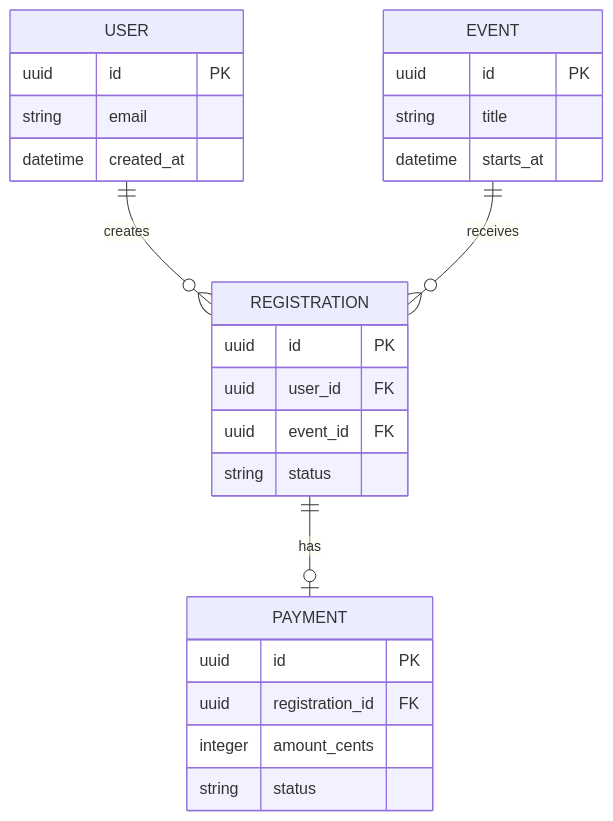
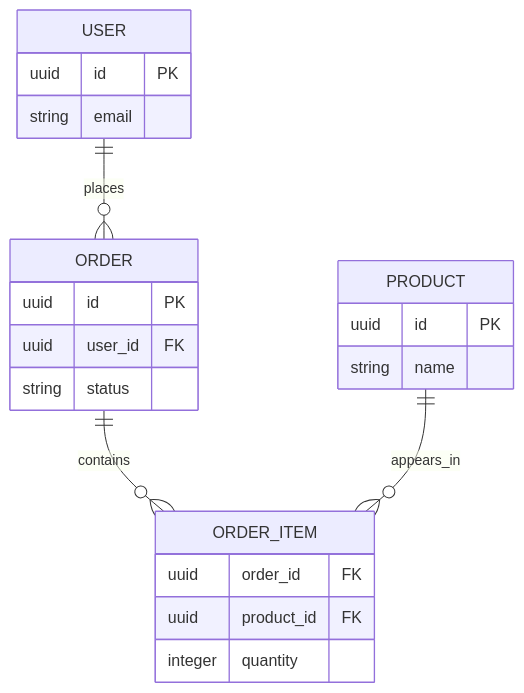
Before and after one commit to emanualjade/strike: the fourth of 5 diagrams in plugins/strike/skills/system-visualizer/references/mermaid.md, drawn with Mermaid. The commit also changed other lines of this file and 21 other files, not shown here.

````diff
--- a/plugins/strike/skills/system-visualizer/references/mermaid.md
+++ b/plugins/strike/skills/system-visualizer/references/mermaid.md
@@ -126,32 +108,28 @@
 ```mermaid
 erDiagram
-  USER ||--o{ REGISTRATION : creates
-  EVENT ||--o{ REGISTRATION : receives
-  REGISTRATION ||--o| PAYMENT : has
+  USER ||--o{ ORDER : places
+  ORDER ||--o{ ORDER_ITEM : contains
+  PRODUCT ||--o{ ORDER_ITEM : appears_in
 
   USER {
     uuid id PK
     string email
-    datetime created_at
   }
 
-  EVENT {
-    uuid id PK
-    string title
-    datetime starts_at
-  }
-
-  REGISTRATION {
+  ORDER {
     uuid id PK
     uuid user_id FK
-    uuid event_id FK
     string status
   }
 
-  PAYMENT {
+  ORDER_ITEM {
+    uuid order_id FK
+    uuid product_id FK
+    integer quantity
+  }
+
+  PRODUCT {
     uuid id PK
-    uuid registration_id FK
-    integer amount_cents
-    string status
+    string name
   }
 ```
````
